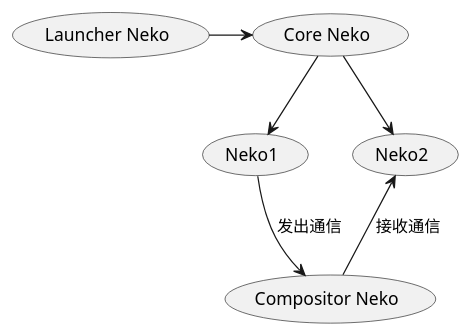
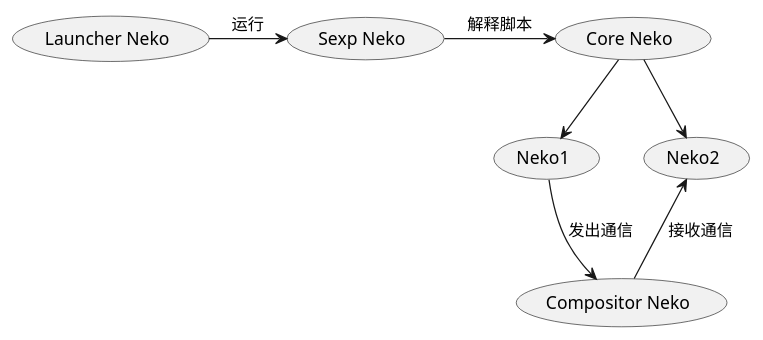
The diagram in docs/LiquidNeko架构.org (MinkieYume/LiquidNeko), drawn with PlantUML before and after one commit. The commit also changed other lines of this file and 69 other files, not shown here.

```diff
--- a/docs/LiquidNeko架构.org
+++ b/docs/LiquidNeko架构.org
@@ -4,7 +4,8 @@
 #+BEGIN_SRC plantuml :file liquidneko_strcut.png
-(Launcher Neko) -> (Core Neko)
+(Launcher Neko) -> (Sexp Neko):运行
+(Sexp Neko) -> (Core Neko):解释脚本
 (Core Neko) --> (Neko1)
 (Core Neko) --> (Neko2)
 (Neko1) --> (Compositor Neko):发出通信
 (Neko2) <-- (Compositor Neko):接收通信
 #+END_SRC
```
